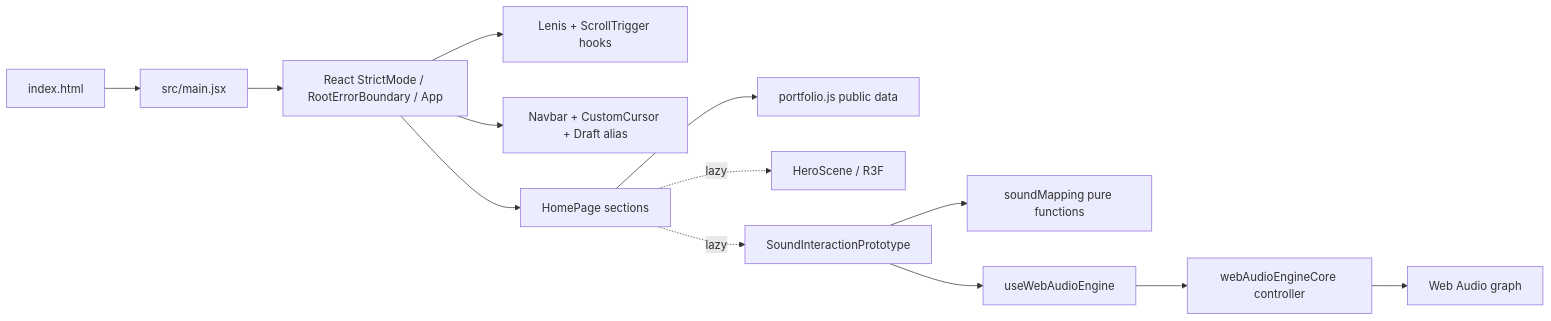
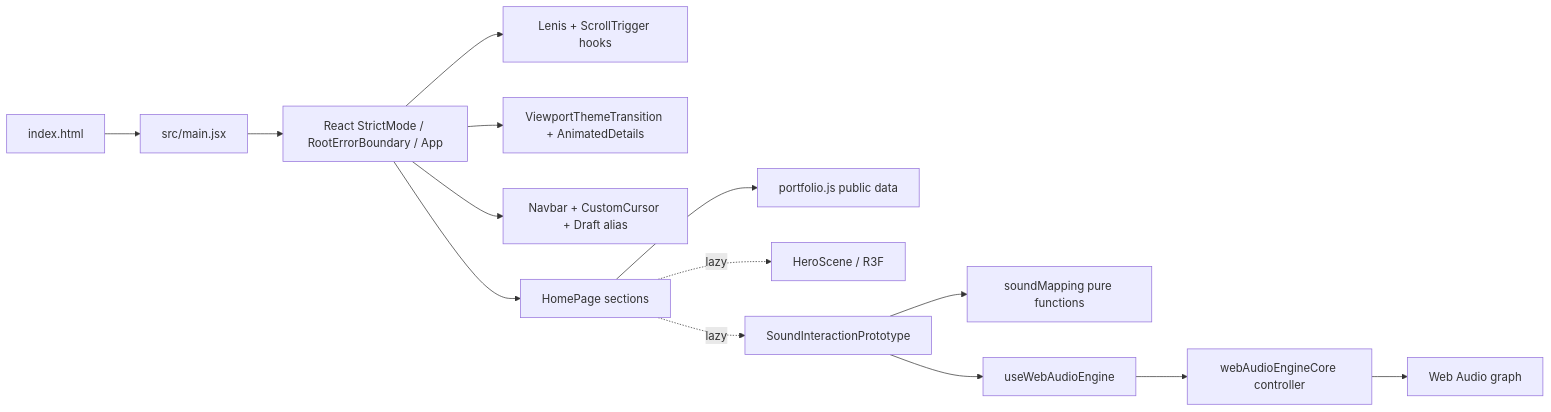
The first of 2 diagrams in docs/website/TECHNICAL_ARCHITECTURE.md (Ruyuang0509/ruyuang-portfolio), drawn with Mermaid before and after one commit. The commit also changed other lines of this file and 35 other files, not shown here.

````diff
--- a/docs/website/TECHNICAL_ARCHITECTURE.md
+++ b/docs/website/TECHNICAL_ARCHITECTURE.md
@@ -27,15 +27,16 @@
 ```mermaid
 flowchart LR
   A["index.html"] --> B["src/main.jsx"]
   B --> C["React StrictMode / RootErrorBoundary / App"]
   C --> D["Lenis + ScrollTrigger hooks"]
+  C --> N["ViewportThemeTransition + AnimatedDetails"]
   C --> E["Navbar + CustomCursor + Draft alias"]
   C --> F["HomePage sections"]
   F --> G["portfolio.js public data"]
   F -. lazy .-> H["HeroScene / R3F"]
   F -. lazy .-> I["SoundInteractionPrototype"]
   I --> J["soundMapping pure functions"]
   I --> K["useWebAudioEngine"]
   K --> L["webAudioEngineCore controller"]
   L --> M["Web Audio graph"]
 ```
````
